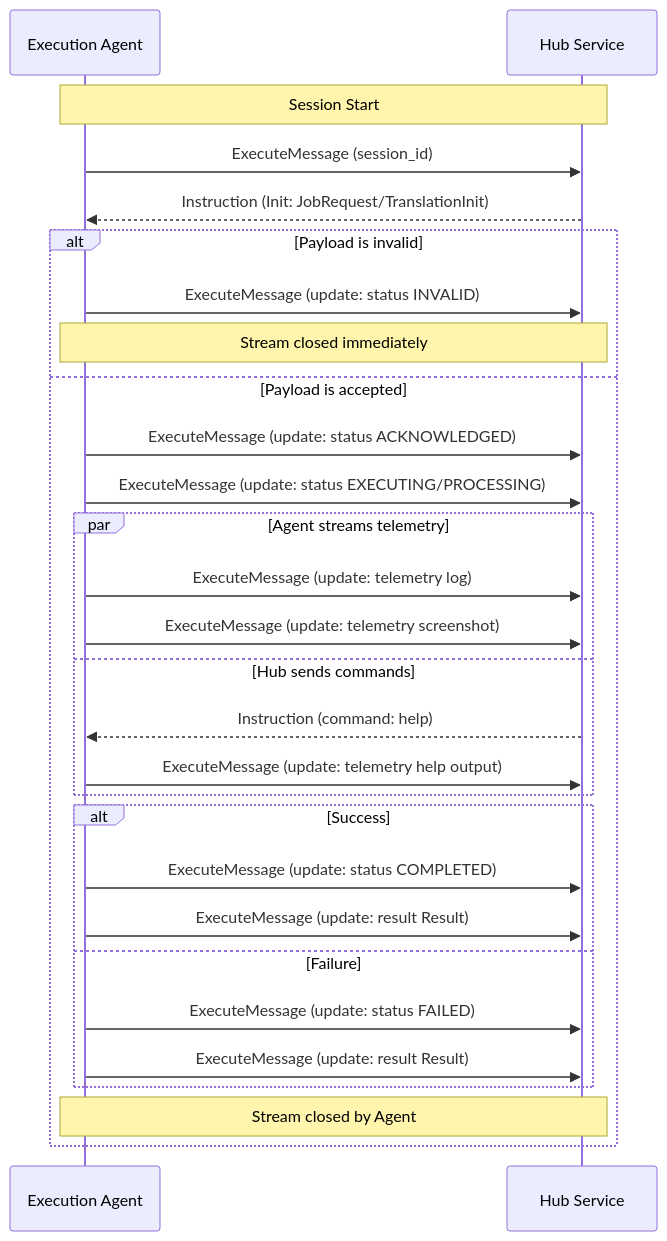
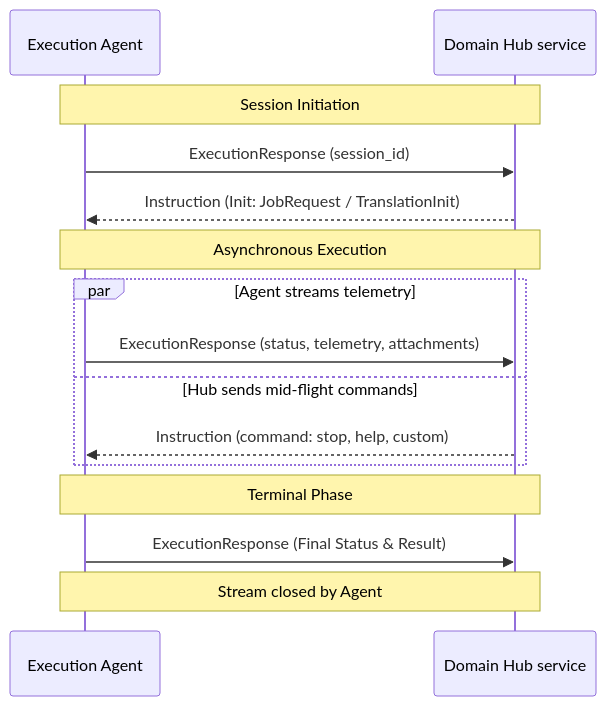
The third of 3 diagrams in specification/PROTOCOL.md (HSGamer/TestGenesis), drawn with Mermaid before and after one commit. The commit also changed other lines of this file and 28 other files, not shown here.

````diff
--- a/specification/PROTOCOL.md
+++ b/specification/PROTOCOL.md
@@ -53,35 +74,20 @@
 ```mermaid
 sequenceDiagram
     participant A as Execution Agent
-    participant H as Hub Service
+    participant H as Domain Hub service
 
-    Note over A,H: Session Start
-    A->>H: ExecuteMessage (session_id)
-    H-->>A: Instruction (Init: JobRequest/TranslationInit)
+    Note over A,H: Session Initiation
+    A->>H: ExecutionResponse (session_id)
+    H-->>A: Instruction (Init: JobRequest / TranslationInit)
 
-    alt Payload is invalid
-        A->>H: ExecuteMessage (update: status INVALID)
-        Note over A,H: Stream closed immediately
-    else Payload is accepted
-        A->>H: ExecuteMessage (update: status ACKNOWLEDGED)
-        A->>H: ExecuteMessage (update: status EXECUTING/PROCESSING)
+    Note over A,H: Asynchronous Execution
+    par Agent streams telemetry
+        A->>H: ExecutionResponse (status, telemetry, attachments)
+    and Hub sends mid-flight commands
+        H-->>A: Instruction (command: stop, help, custom)
+    end
 
-        par Agent streams telemetry
-            A->>H: ExecuteMessage (update: telemetry log)
-            A->>H: ExecuteMessage (update: telemetry screenshot)
-        and Hub sends commands
-            H-->>A: Instruction (command: help)
-            A->>H: ExecuteMessage (update: telemetry help output)
-        end
-
-        alt Success
-            A->>H: ExecuteMessage (update: status COMPLETED)
-            A->>H: ExecuteMessage (update: result Result)
-        else Failure
-            A->>H: ExecuteMessage (update: status FAILED)
-            A->>H: ExecuteMessage (update: result Result)
-        end
-
-        Note over A,H: Stream closed by Agent
-    end
+    Note over A,H: Terminal Phase
+    A->>H: ExecutionResponse (Final Status & Result)
+    Note over A,H: Stream closed by Agent
 ```
````
